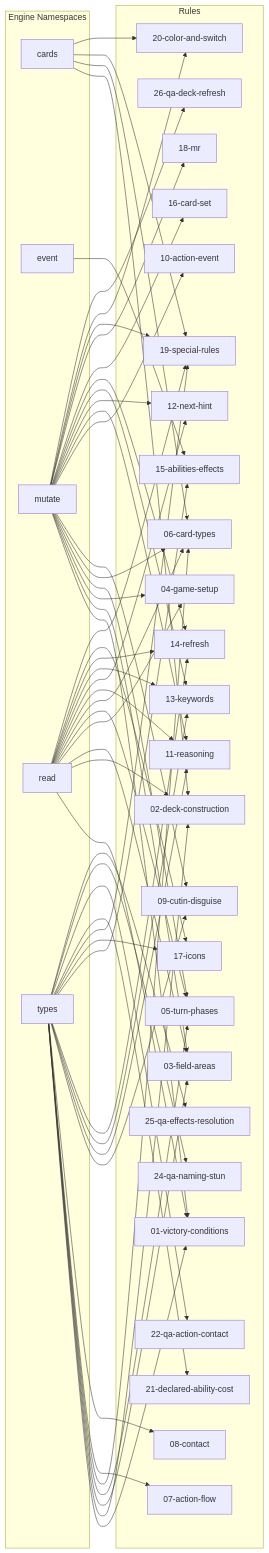
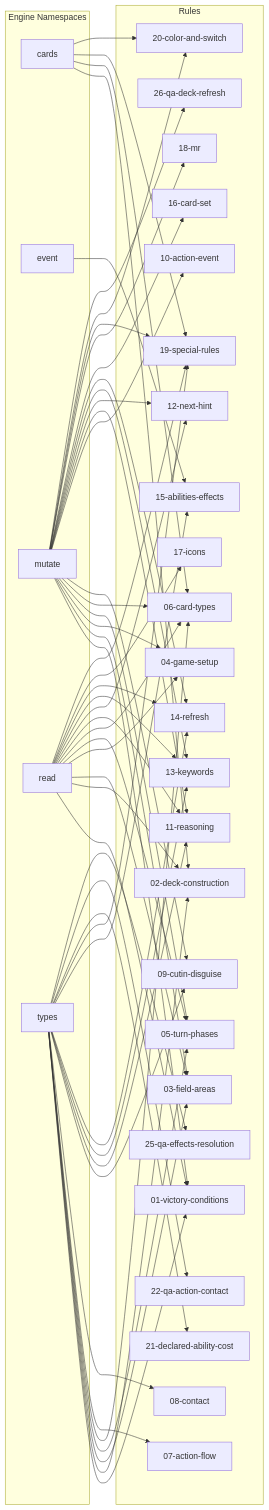
Before and after one commit to orihekat78/TCGApp: the diagram in .claude/auto/mapping/graph-rules-engine-core.md, drawn with Mermaid. The commit also changed other lines of this file and 76 other files, not shown here.

````diff
--- a/.claude/auto/mapping/graph-rules-engine-core.md
+++ b/.claude/auto/mapping/graph-rules-engine-core.md
@@ -38,7 +38,6 @@
     R_20_color_and_switch_md["20-color-and-switch"]
     R_21_declared_ability_cost_md["21-declared-ability-cost"]
     R_22_qa_action_contact_md["22-qa-action-contact"]
-    R_24_qa_naming_stun_md["24-qa-naming-stun"]
     R_25_qa_effects_resolution_md["25-qa-effects-resolution"]
     R_26_qa_deck_refresh_md["26-qa-deck-refresh"]
   end
@@ -87,10 +86,8 @@
   NS_types --> R_13_keywords_md
   NS_types --> R_14_refresh_md
   NS_types --> R_15_abilities_effects_md
-  NS_types --> R_17_icons_md
   NS_types --> R_19_special_rules_md
   NS_types --> R_21_declared_ability_cost_md
   NS_types --> R_22_qa_action_contact_md
-  NS_types --> R_24_qa_naming_stun_md
   NS_types --> R_25_qa_effects_resolution_md
 ```
````
